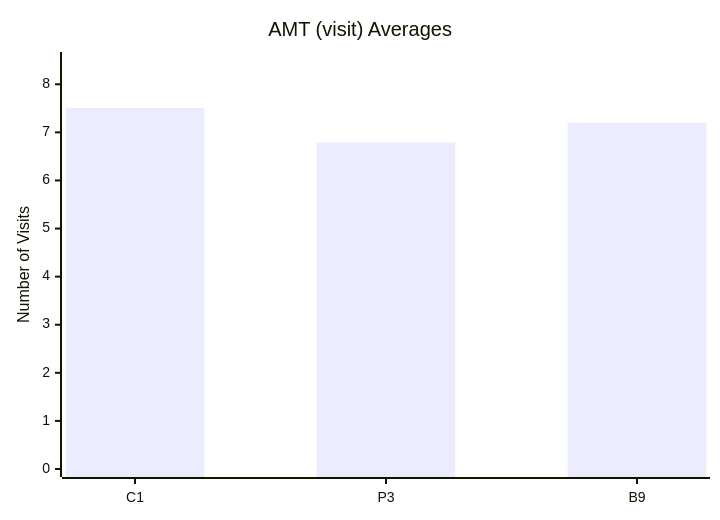
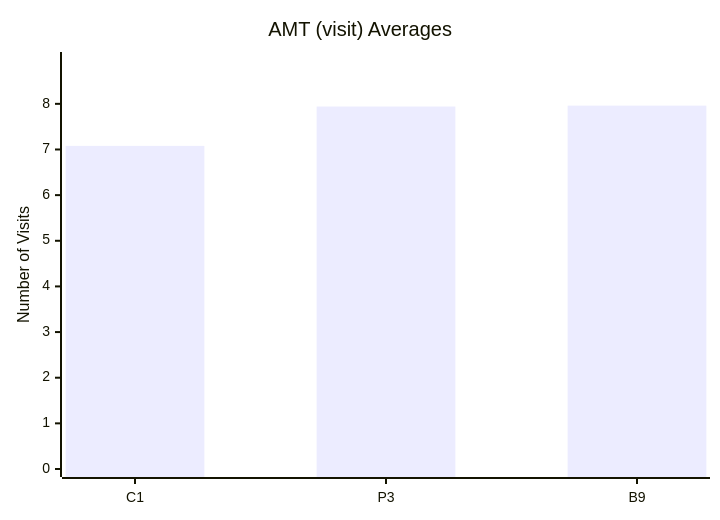
One commit to dhagan-va/intern-2025 changed the tenth of 10 diagrams in test-tools/DataGen/src/Statistics_Visualizer.md. Above: the diagram before and after it, drawn with Mermaid. The commit also changed other lines of this file and 9 other files, not shown here.

````diff
--- a/test-tools/DataGen/src/Statistics_Visualizer.md
+++ b/test-tools/DataGen/src/Statistics_Visualizer.md
@@ -106,7 +106,7 @@
 ```mermaid
 xychart-beta
     title "AMT (visit) Averages"
     x-axis ["C1", "P3", "B9"]
-    y-axis "Number of Visits" 0 --> 8.504950495049505
-    bar [7.5049504950495045, 6.792079207920792, 7.198019801980198]
+    y-axis "Number of Visits" 0 --> 8.96039603960396
+    bar [7.079207920792079, 7.9405940594059405, 7.96039603960396]
 ```
````
